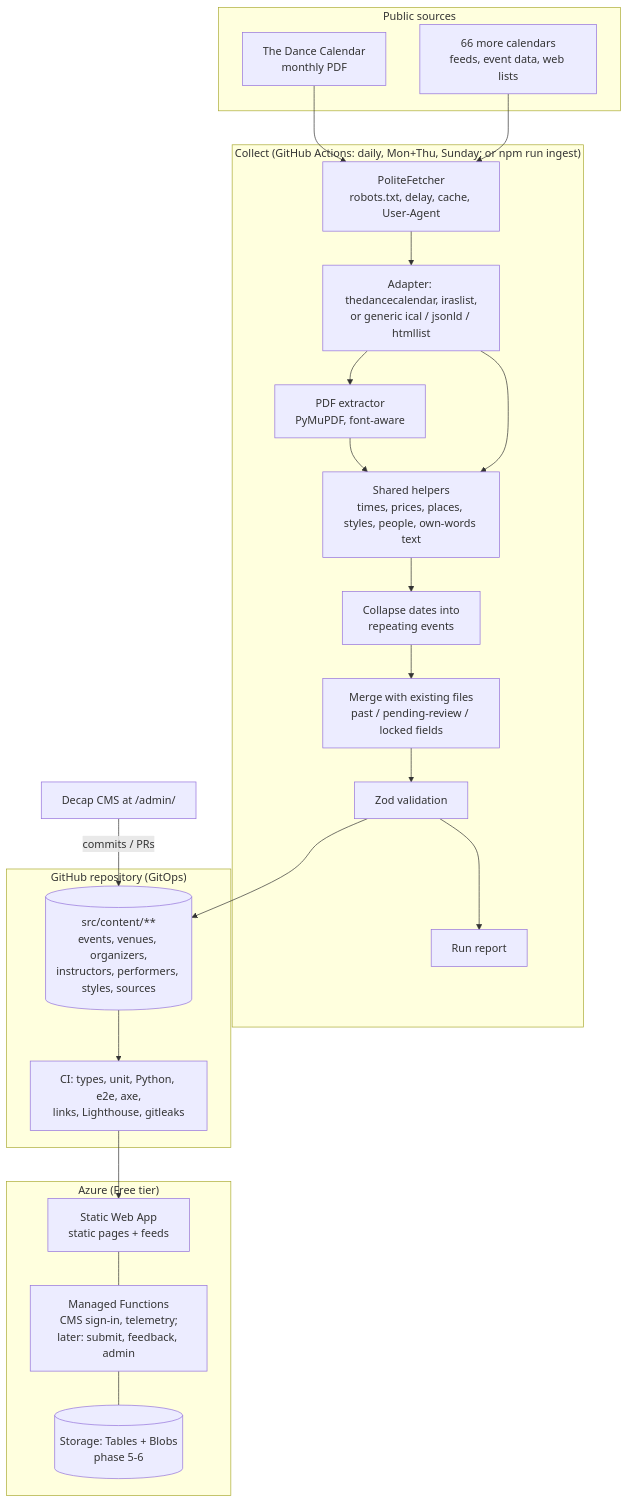
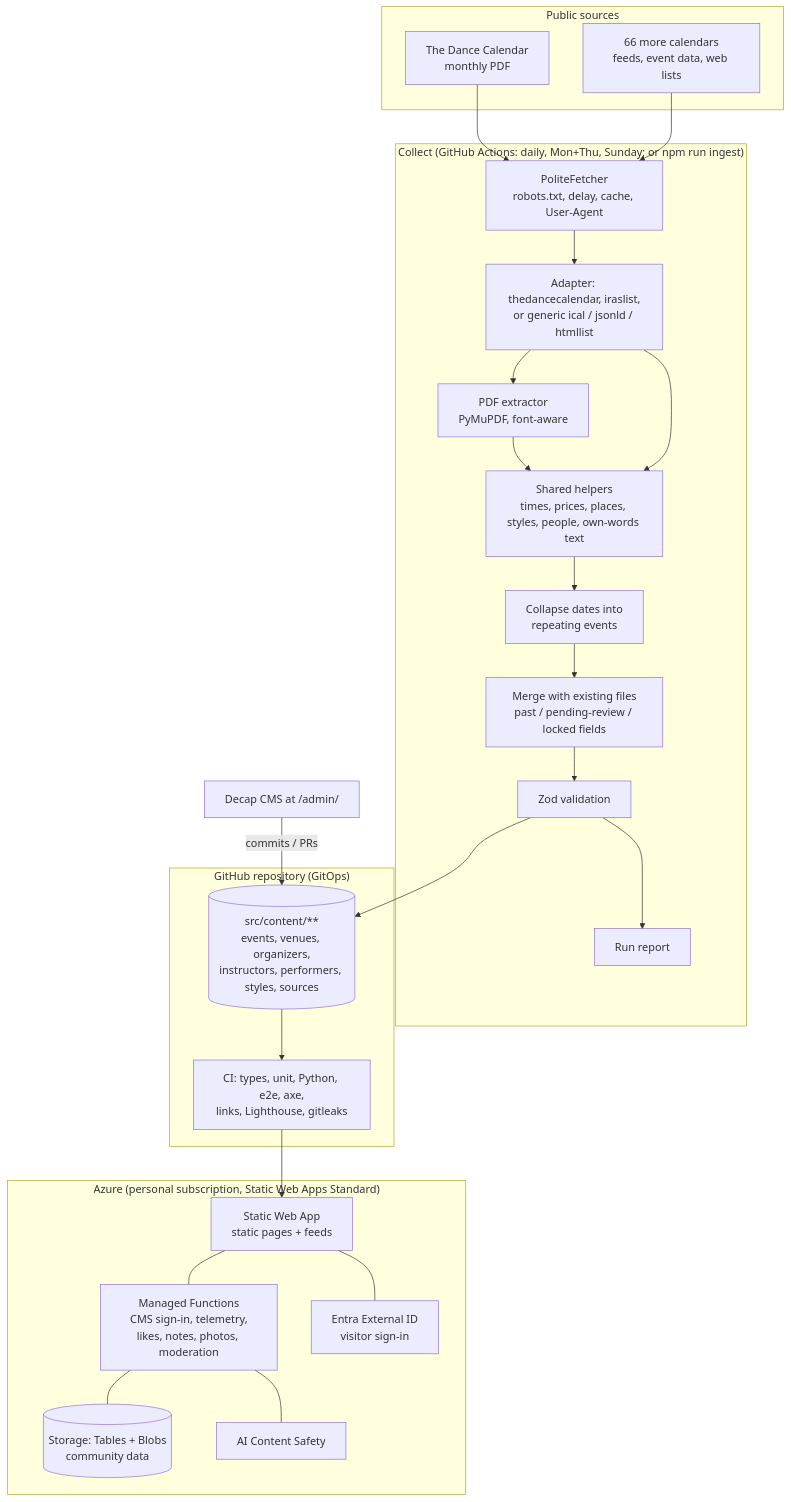
One commit to michaelsrichter/long-island-dance-events changed the first of 3 diagrams in docs/architecture.md. Above: the diagram before and after it, drawn with Mermaid. The commit also changed other lines of this file and 29 other files, not shown here.

First line of the commit message:
Finish community features and move hosting to the personal subscription

````diff
--- a/docs/architecture.md
+++ b/docs/architecture.md
@@ -7,35 +7,39 @@
 ```mermaid
 flowchart TB
   subgraph Sources["Public sources"]
     S1[The Dance Calendar<br/>monthly PDF]
     S2[66 more calendars<br/>feeds, event data, web lists]
   end
   subgraph Collect["Collect (GitHub Actions: daily, Mon+Thu, Sunday; or npm run ingest)"]
     F[PoliteFetcher<br/>robots.txt, delay, cache, User-Agent]
     AD[Adapter: thedancecalendar, iraslist,<br/>or generic ical / jsonld / htmllist]
     PY[PDF extractor<br/>PyMuPDF, font-aware]
     N[Shared helpers<br/>times, prices, places, styles, people, own-words text]
     C[Collapse dates into<br/>repeating events]
     M[Merge with existing files<br/>past / pending-review / locked fields]
     V[Zod validation]
     R[Run report]
   end
   subgraph Repo["GitHub repository (GitOps)"]
     D[(src/content/**<br/>events, venues, organizers,<br/>instructors, performers, styles, sources)]
     CI[CI: types, unit, Python, e2e, axe,<br/>links, Lighthouse, gitleaks]
   end
-  subgraph Azure["Azure (Free tier)"]
+  subgraph Azure["Azure (personal subscription, Static Web Apps Standard)"]
     SWA[Static Web App<br/>static pages + feeds]
-    FN[Managed Functions<br/>CMS sign-in, telemetry;<br/>later: submit, feedback, admin]
-    ST[(Storage: Tables + Blobs<br/>phase 5-6)]
+    FN[Managed Functions<br/>CMS sign-in, telemetry,<br/>likes, notes, photos, moderation]
+    ST[(Storage: Tables + Blobs<br/>community data)]
+    EXT[Entra External ID<br/>visitor sign-in]
+    CS[AI Content Safety]
   end
   S1 --> F
   S2 --> F
   F --> AD
   AD --> PY --> N
   AD --> N --> C --> M --> V --> D
   V --> R
   D --> CI --> SWA
   CMS[Decap CMS at /admin/] -->|commits / PRs| D
   SWA --- FN --- ST
+  SWA --- EXT
+  FN --- CS
 ```
````
